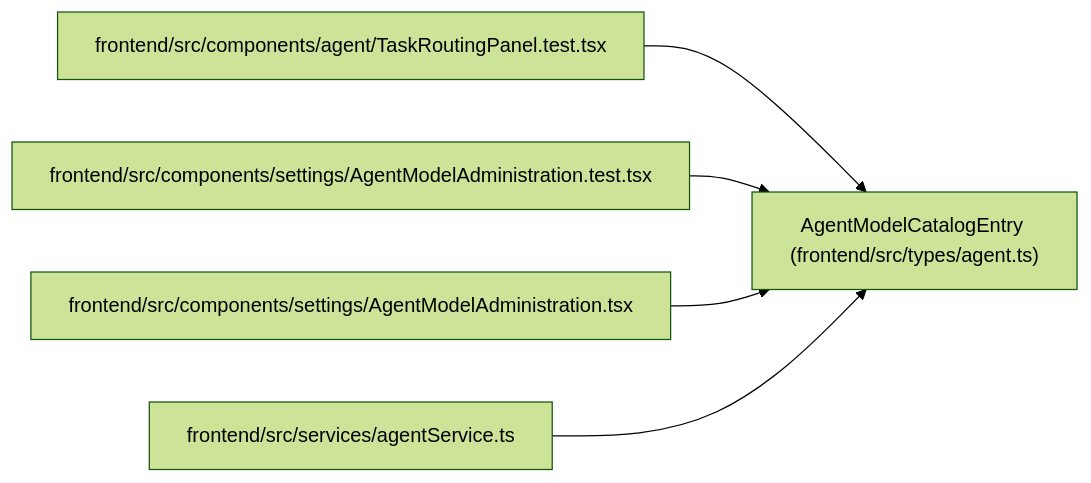
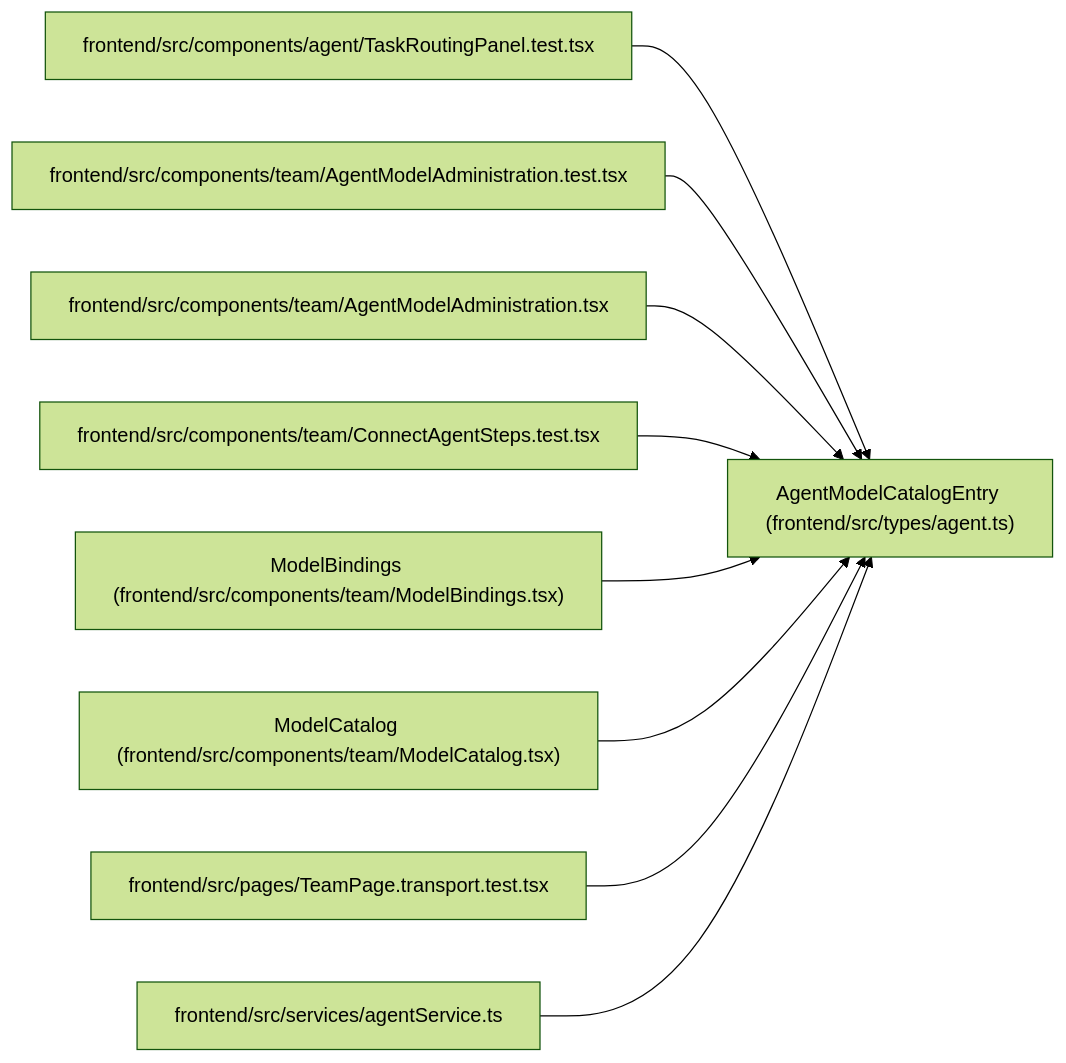
Before and after one commit to Denissvgn/WorkChord: the diagram in docs/llm_wiki/entities/types_agent_AgentModelCatalogEntry.md, drawn with Mermaid (forest theme). The commit also changed other lines of this file and 2373 other files, not shown here.

````diff
--- a/docs/llm_wiki/entities/types_agent_AgentModelCatalogEntry.md
+++ b/docs/llm_wiki/entities/types_agent_AgentModelCatalogEntry.md
@@ -38,17 +38,29 @@
 ```mermaid
 flowchart LR
     n0["AgentModelCatalogEntry (frontend/src/types/agent.ts)"]
     n1["frontend/src/components/agent/TaskRoutingPanel.test.tsx"]
-    n2["frontend/src/components/settings/AgentModelAdministration.test.tsx"]
-    n3["frontend/src/components/settings/AgentModelAdministration.tsx"]
-    n4["frontend/src/services/agentService.ts"]
+    n2["frontend/src/components/team/AgentModelAdministration.test.tsx"]
+    n3["frontend/src/components/team/AgentModelAdministration.tsx"]
+    n4["frontend/src/components/team/ConnectAgentSteps.test.tsx"]
+    n5["ModelBindings (frontend/src/components/team/ModelBindings.tsx)"]
+    n6["ModelCatalog (frontend/src/components/team/ModelCatalog.tsx)"]
+    n7["frontend/src/pages/TeamPage.transport.test.tsx"]
+    n8["frontend/src/services/agentService.ts"]
     n1 --> n0
     n2 --> n0
     n3 --> n0
     n4 --> n0
+    n5 --> n0
+    n6 --> n0
+    n7 --> n0
+    n8 --> n0
     click n0 "../modules/types_agent.md"
     click n1 "../modules/TaskRoutingPanel.test.md"
     click n2 "../modules/AgentModelAdministration.test.md"
     click n3 "../modules/AgentModelAdministration.md"
-    click n4 "../modules/agentService.md"
+    click n4 "../modules/ConnectAgentSteps.test.md"
+    click n5 "../modules/ModelBindings.md"
+    click n6 "../modules/ModelCatalog.md"
+    click n7 "../modules/TeamPage.transport.test.md"
+    click n8 "../modules/agentService.md"
 ```
````
